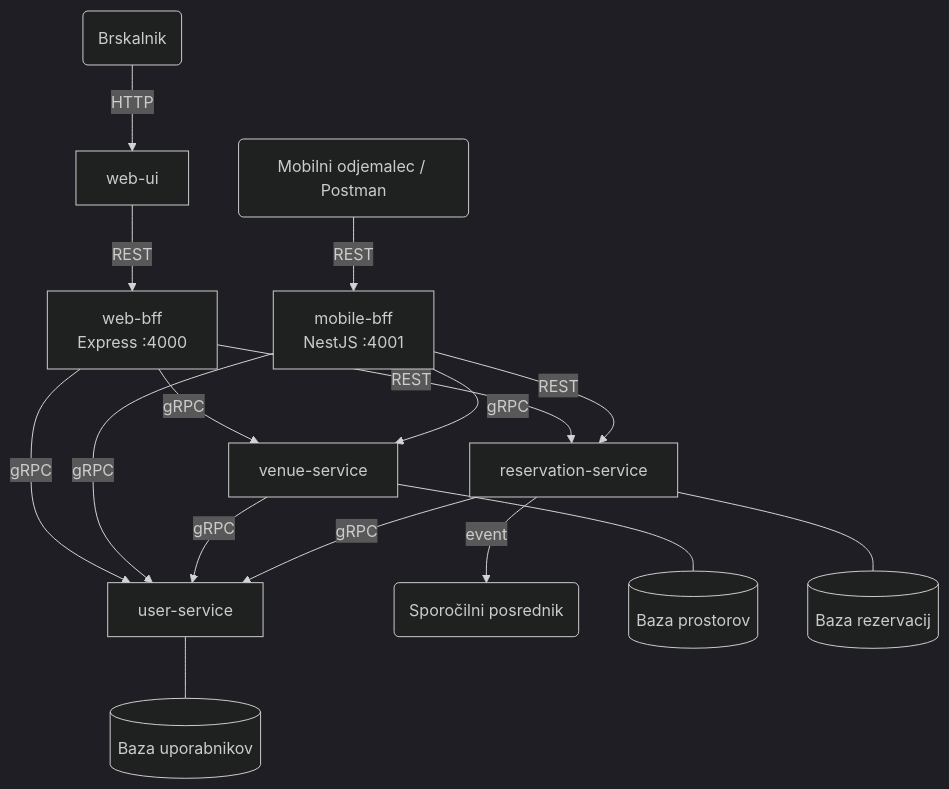
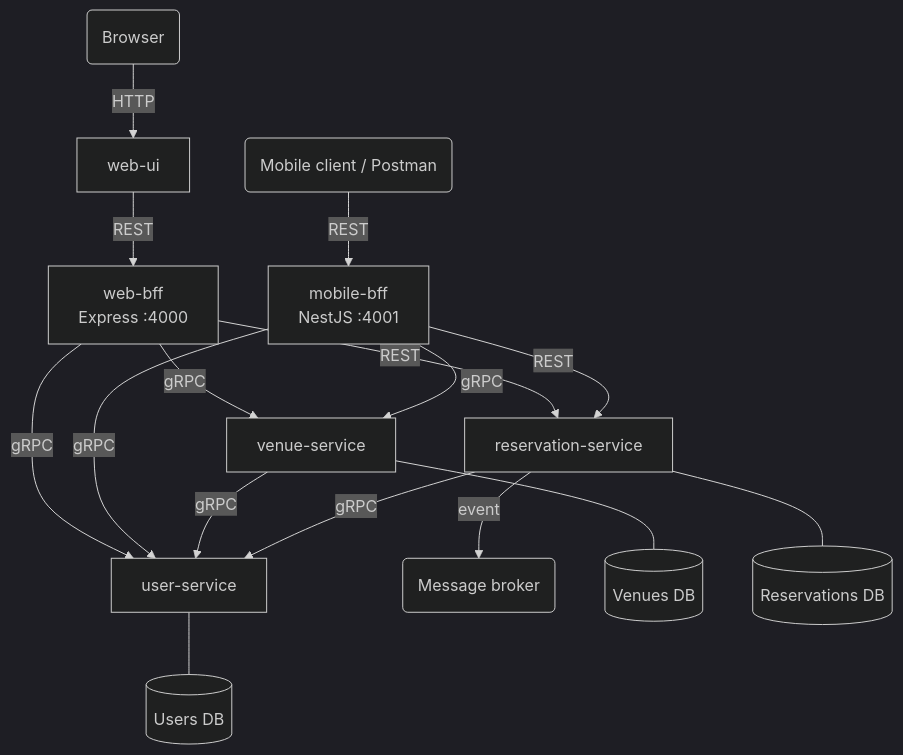
Before and after one commit to brinpsunder/venue-rental: the diagram in README.md, drawn with Mermaid (dark theme). The commit also changed other lines of this file and 3 other files, not shown here.

````diff
--- a/README.md
+++ b/README.md
@@ -25,26 +11,26 @@
 ```mermaid
 graph TD
-    Browser(Brskalnik)
-    Mobile(Mobilni odjemalec / Postman)
+    Browser(Browser)
+    Mobile(Mobile client / Postman)
 
     Browser -->|HTTP| WebUI[web-ui]
     WebUI -->|REST| WebBFF[web-bff<br/>Express :4000]
     Mobile -->|REST| MobileBFF[mobile-bff<br/>NestJS :4001]
 
     WebBFF -->|gRPC| UserService[user-service]
     WebBFF -->|gRPC| VenueService[venue-service]
     WebBFF -->|REST| ReservationService[reservation-service]
 
     MobileBFF -->|gRPC| UserService
     MobileBFF -->|gRPC| VenueService
     MobileBFF -->|REST| ReservationService
 
     VenueService -->|gRPC| UserService
     ReservationService -->|gRPC| UserService
 
-    ReservationService -->|event| Broker(Sporočilni posrednik)
+    ReservationService -->|event| Broker(Message broker)
 
-    UserService --- DB1[(Baza uporabnikov)]
-    VenueService --- DB2[(Baza prostorov)]
-    ReservationService --- DB3[(Baza rezervacij)]
+    UserService --- DB1[(Users DB)]
+    VenueService --- DB2[(Venues DB)]
+    ReservationService --- DB3[(Reservations DB)]
 ```
````
